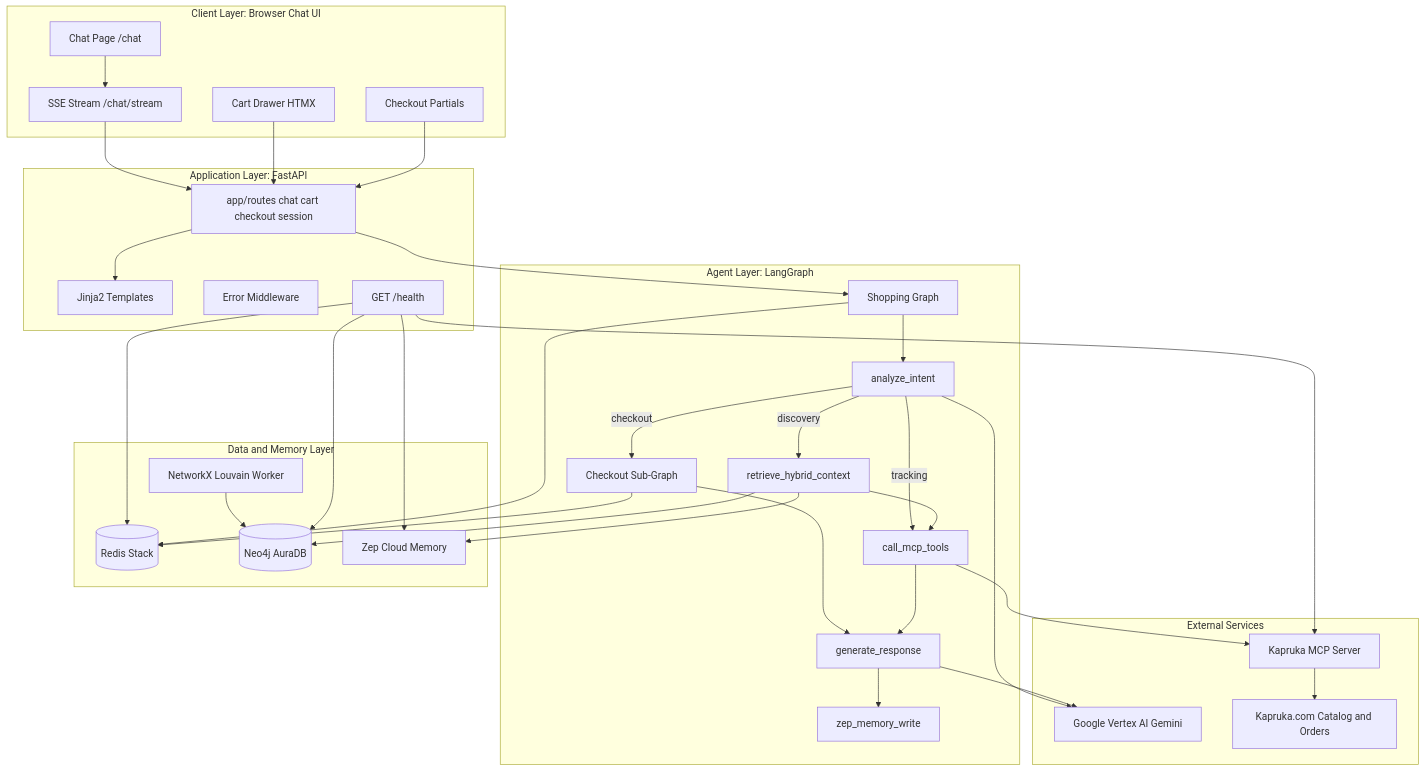
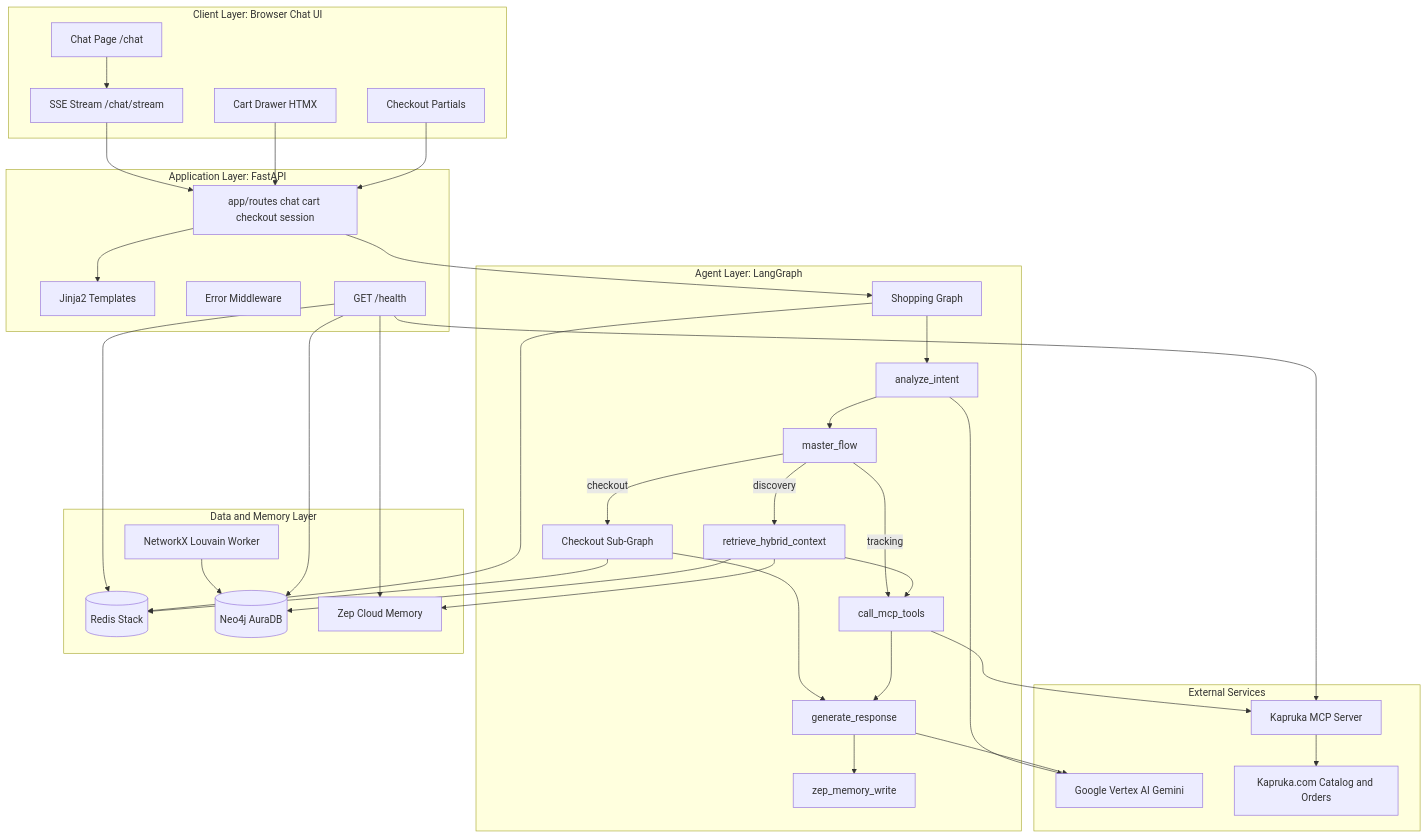
The diagram in README.md (sethum-VS/AgenticKapruka), drawn with Mermaid before and after one commit. The commit also changed other lines of this file and 183 other files, not shown here.

First line of the commit message:
feat: chat QA, hybrid RAG, cart drawer, and master flow (#31)

````diff
--- a/README.md
+++ b/README.md
@@ -33,68 +37,70 @@
 ```mermaid
 graph TD
     subgraph ClientLayer [Client Layer: Browser Chat UI]
         ChatPage[Chat Page /chat]
         CartDrawer[Cart Drawer HTMX]
         CheckoutForms[Checkout Partials]
         SSE[SSE Stream /chat/stream]
     end
 
     subgraph AppLayer [Application Layer: FastAPI]
         Routes[app/routes chat cart checkout session]
         Templates[Jinja2 Templates]
         Middleware[Error Middleware]
         Health[GET /health]
     end
 
     subgraph AgentLayer [Agent Layer: LangGraph]
         ShoppingGraph[Shopping Graph]
         CheckoutGraph[Checkout Sub-Graph]
         IntentNode[analyze_intent]
+        MasterFlow[master_flow]
         HybridRAG[retrieve_hybrid_context]
         MCPTools[call_mcp_tools]
         Generate[generate_response]
         ZepWrite[zep_memory_write]
     end
 
     subgraph DataLayer [Data and Memory Layer]
         Redis[(Redis Stack)]
         Neo4j[(Neo4j AuraDB)]
         ZepCloud[Zep Cloud Memory]
         NetworkX[NetworkX Louvain Worker]
     end
 
     subgraph External [External Services]
         VertexAI[Google Vertex AI Gemini]
         KaprukaMCP[Kapruka MCP Server]
         KaprukaAPI[Kapruka.com Catalog and Orders]
     end
 
     ChatPage --> SSE
     SSE --> Routes
     CartDrawer --> Routes
     CheckoutForms --> Routes
     Routes --> Templates
     Routes --> ShoppingGraph
     ShoppingGraph --> IntentNode
-    IntentNode -->|discovery| HybridRAG
-    IntentNode -->|checkout| CheckoutGraph
-    IntentNode -->|tracking| MCPTools
+    IntentNode --> MasterFlow
+    MasterFlow -->|discovery| HybridRAG
+    MasterFlow -->|checkout| CheckoutGraph
+    MasterFlow -->|tracking| MCPTools
     HybridRAG --> MCPTools
     CheckoutGraph --> Generate
     MCPTools --> Generate
     Generate --> ZepWrite
 
     HybridRAG --> Neo4j
     HybridRAG --> ZepCloud
     ShoppingGraph --> Redis
     CheckoutGraph --> Redis
     MCPTools --> KaprukaMCP
     KaprukaMCP --> KaprukaAPI
     IntentNode --> VertexAI
     Generate --> VertexAI
     NetworkX --> Neo4j
     Health --> Redis
     Health --> Neo4j
     Health --> ZepCloud
     Health --> KaprukaMCP
 ```
````
